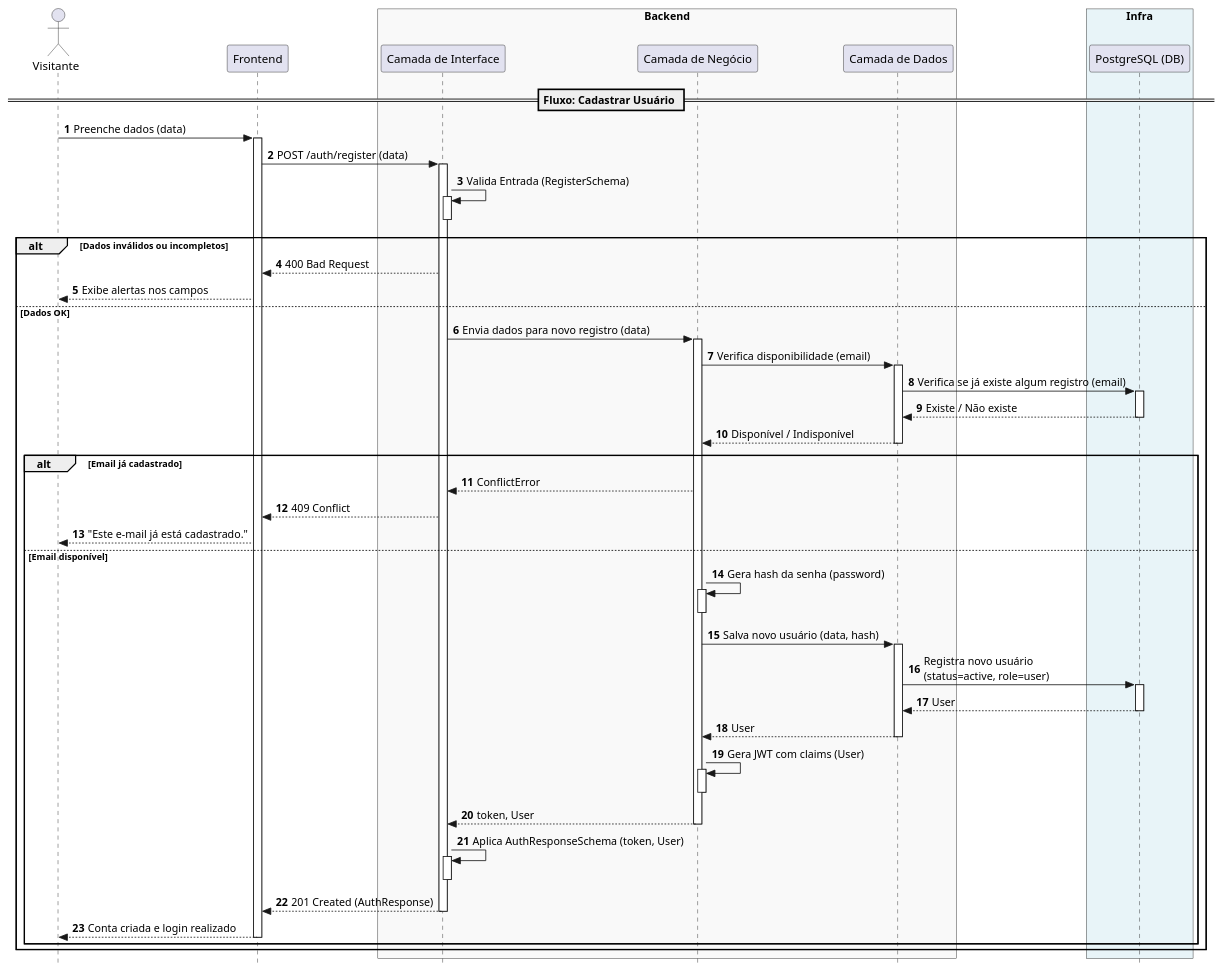
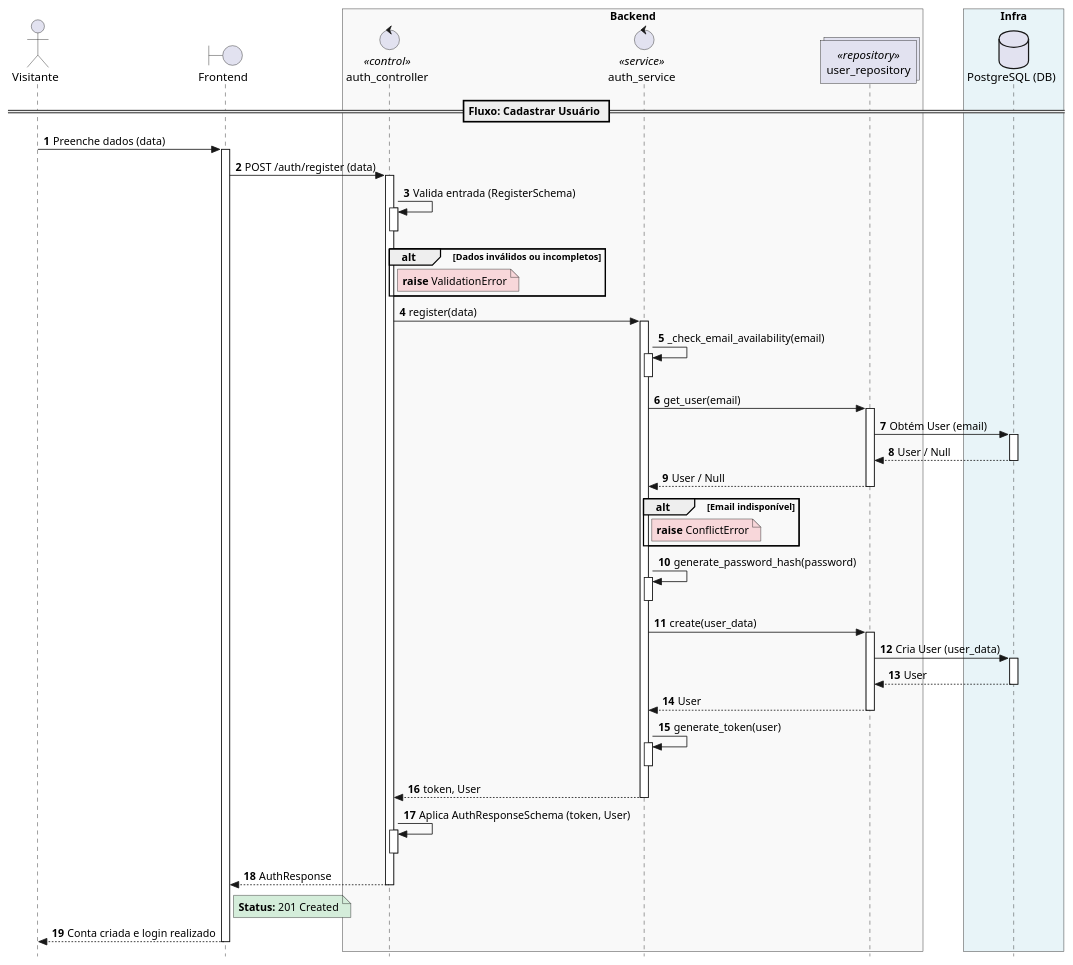
One commit to karlsen16/OndeTa changed the diagram in docs/uml/sequence/puml/01_user_register.puml. Above: the diagram before and after it, drawn with PlantUML. The commit also changed 52 other files, not shown here.

Commit message:
docs: BPTD Fase 1, organização dos diagramas v.3.2

```diff
--- a/docs/uml/sequence/puml/01_user_register.puml
+++ b/docs/uml/sequence/puml/01_user_register.puml
@@ -1,73 +1,50 @@
 @startuml
 autonumber
 skinparam style strictuml
 
 actor "Visitante" as Guest
-participant "Frontend" as UI
+boundary "Frontend" as UI
 
 box "Backend" #f9f9f9
-    participant "Camada de Interface" as CI
-    participant "Camada de Negócio" as CN
-    participant "Camada de Dados" as CD
+    control "auth_controller" as Ctrl <<control>>
+    control "auth_service" as Serv <<service>>
+    collections "user_repository" as Repo <<repository>>
 end box
 
 box "Infra" #e8f4f8
-    participant "PostgreSQL (DB)" as DB
+    database "PostgreSQL (DB)" as DB
 end box
 
 == Fluxo: Cadastrar Usuário ==
 
-Guest -> UI : Preenche dados (data)
-activate UI
-UI -> CI : POST /auth/register (data)
-activate CI
-CI -> CI : Valida Entrada (RegisterSchema)
-activate CI
-deactivate CI
+Guest -> UI++: Preenche dados (data)
+UI -> Ctrl++: POST /auth/register (data)
+Ctrl -> Ctrl++--: Valida entrada (RegisterSchema)
 
 alt Dados inválidos ou incompletos
-    CI --> UI : 400 Bad Request
-    UI --> Guest : Exibe alertas nos campos
-else Dados OK
-    CI -> CN : Envia dados para novo registro (data)
-    activate CN
-    CN -> CD : Verifica disponibilidade (email)
-    activate CD
-    CD -> DB : Verifica se já existe algum registro (email)
-    activate DB
-    DB --> CD : Existe / Não existe
-    deactivate DB
-    CD --> CN : Disponível / Indisponível
-    deactivate CD
+    note right of Ctrl #f8d7da: **raise** ValidationError
+end
 
-    alt Email já cadastrado
-        CN --> CI : ConflictError
-        CI --> UI : 409 Conflict
-        UI --> Guest : "Este e-mail já está cadastrado."
-    else Email disponível
-    CN -> CN : Gera hash da senha (password)
-    activate CN
-    deactivate CN
-    CN -> CD : Salva novo usuário (data, hash)
-    activate CD
-    CD -> DB : Registra novo usuário\n(status=active, role=user)
-    activate DB
-    DB --> CD : User
-    deactivate DB
-    CD --> CN : User
-    deactivate CD
-    CN -> CN : Gera JWT com claims (User)
-    activate CN
-    deactivate CN
-    CN --> CI : token, User
-    deactivate CN
-    CI -> CI : Aplica AuthResponseSchema (token, User)
-    activate CI
-    deactivate CI
-    CI --> UI : 201 Created (AuthResponse)
-    deactivate CI
-    UI --> Guest : Conta criada e login realizado
-    deactivate UI
-    end
+Ctrl -> Serv++: register(data)
+Serv -> Serv++--: _check_email_availability(email)
+Serv -> Repo++: get_user(email)
+Repo -> DB++: Obtém User (email)
+DB --> Repo--: User / Null
+Repo --> Serv--: User / Null
+
+alt Email indisponível
+    note right of Serv #f8d7da: **raise** ConflictError
 end
+
+Serv -> Serv++--: generate_password_hash(password)
+Serv -> Repo++: create(user_data)
+Repo -> DB++: Cria User (user_data)
+DB --> Repo--: User
+Repo --> Serv--: User
+Serv -> Serv++--: generate_token(user)
+Serv --> Ctrl--: token, User
+Ctrl -> Ctrl++--: Aplica AuthResponseSchema (token, User)
+Ctrl --> UI--: AuthResponse
+note right of UI #d4edda: **Status:** 201 Created
+UI --> Guest--: Conta criada e login realizado
 @enduml
```
